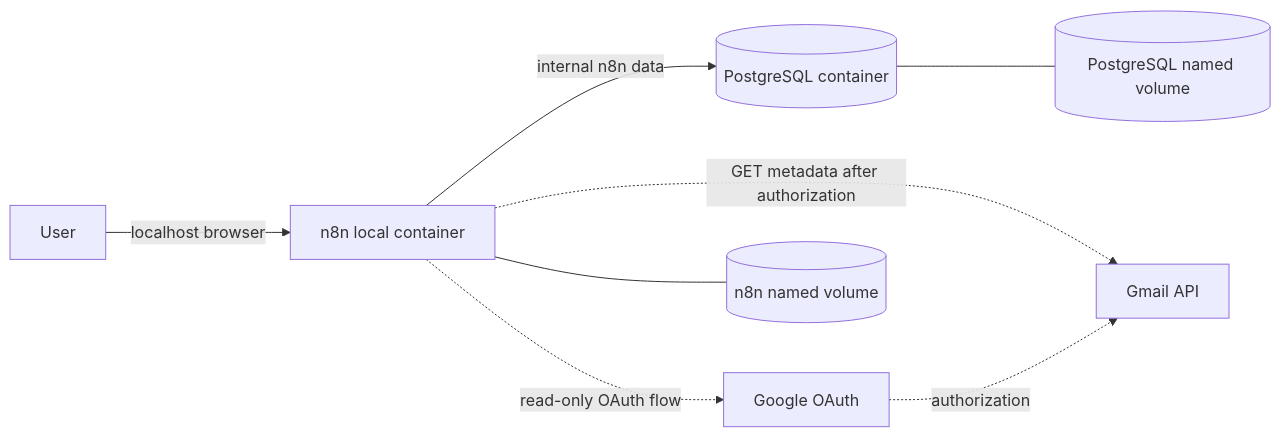
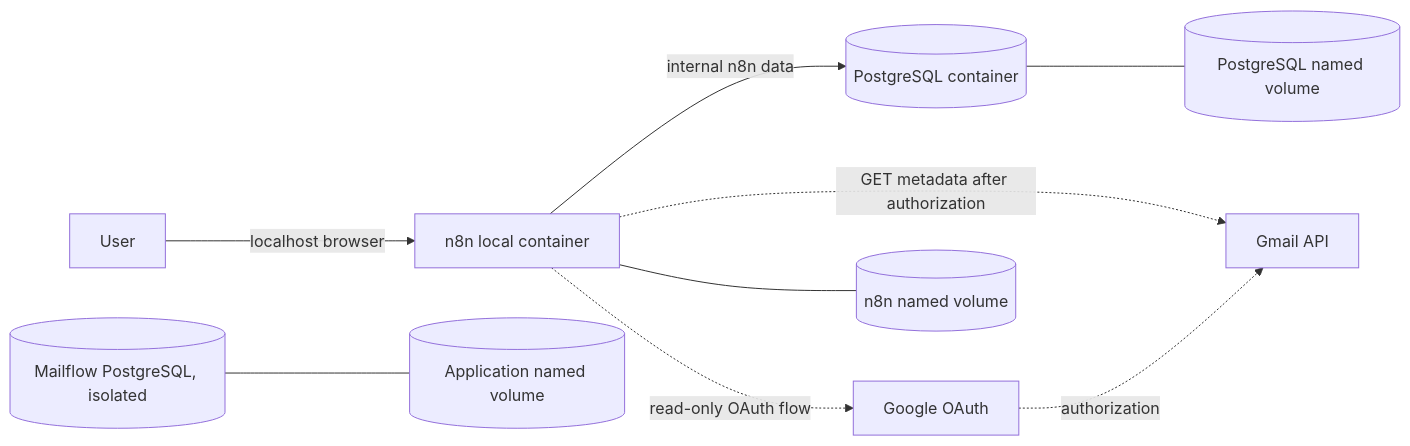
The first of 5 diagrams in docs/architecture.md (michael-robeson/mailflow), drawn with Mermaid before and after one commit. The commit also changed other lines of this file and 12 other files, not shown here.

````diff
--- a/docs/architecture.md
+++ b/docs/architecture.md
@@ -30,10 +33,11 @@
 ```mermaid
 flowchart LR
     U[User] -->|localhost browser| N[n8n local container]
     N -->|internal n8n data| P[(PostgreSQL container)]
     N -.->|read-only OAuth flow| O[Google OAuth]
     N -.->|GET metadata after authorization| G[Gmail API]
     O -.->|authorization| G
     N --- NV[(n8n named volume)]
     P --- PV[(PostgreSQL named volume)]
+    A[(Mailflow PostgreSQL, isolated)] --- AV[(Application named volume)]
 ```
````
